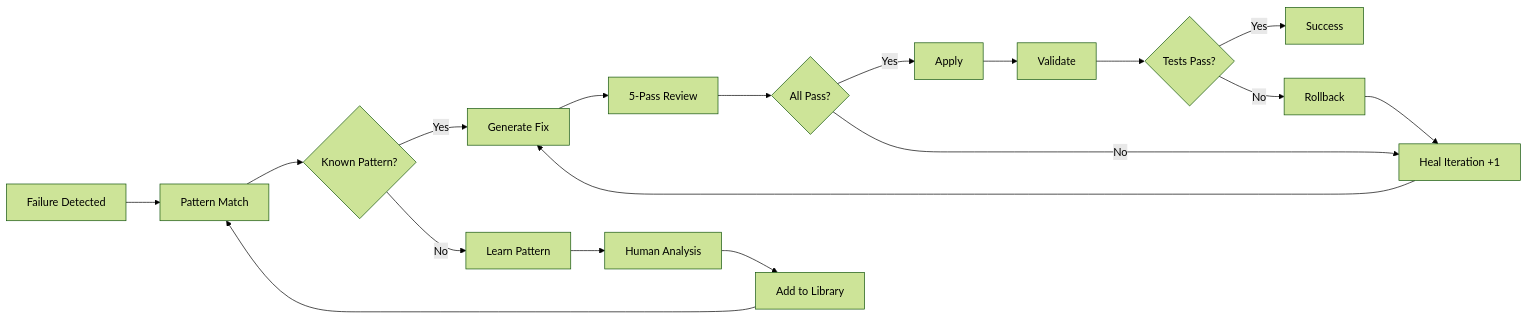
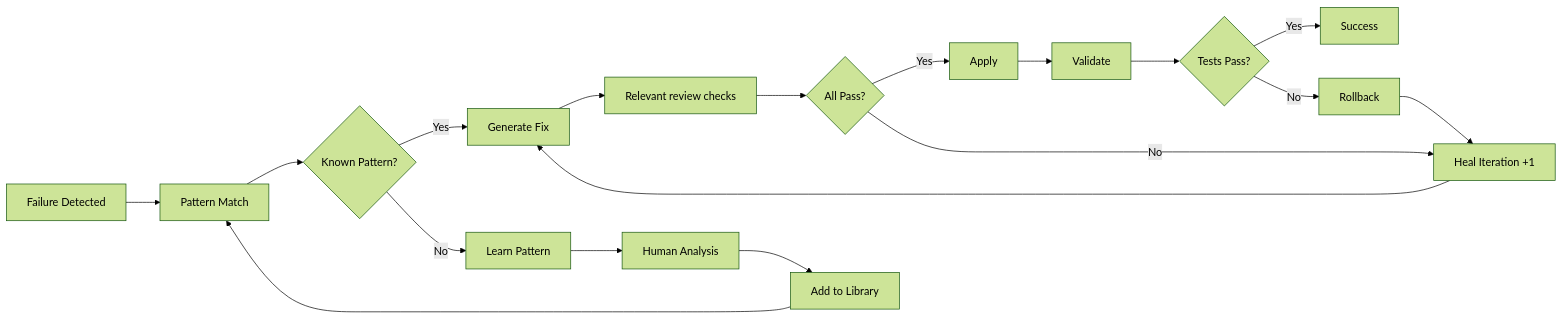
Before and after one commit to Aries-Serpent/_codex_: the first of 2 diagrams in .github/agents/autonomous-test-healer-agent.md, drawn with Mermaid (forest theme). The commit also changed other lines of this file and 1196 other files, not shown here.

````diff
--- a/.github/agents/autonomous-test-healer-agent.md
+++ b/.github/agents/autonomous-test-healer-agent.md
@@ -277,20 +280,20 @@
 ```mermaid
 graph LR
     A[Failure Detected] --> B[Pattern Match]
     B --> C{Known Pattern?}
     C -->|Yes| D[Generate Fix]
     C -->|No| E[Learn Pattern]
-    D --> F[5-Pass Review]
+    D --> F[Relevant review checks]
     F --> G{All Pass?}
     G -->|Yes| H[Apply]
     G -->|No| I[Heal Iteration +1]
     H --> J[Validate]
     J --> K{Tests Pass?}
     K -->|Yes| L[Success]
     K -->|No| M[Rollback]
     I --> D
     M --> I
     E --> N[Human Analysis]
     N --> O[Add to Library]
     O --> B
 ```
````
